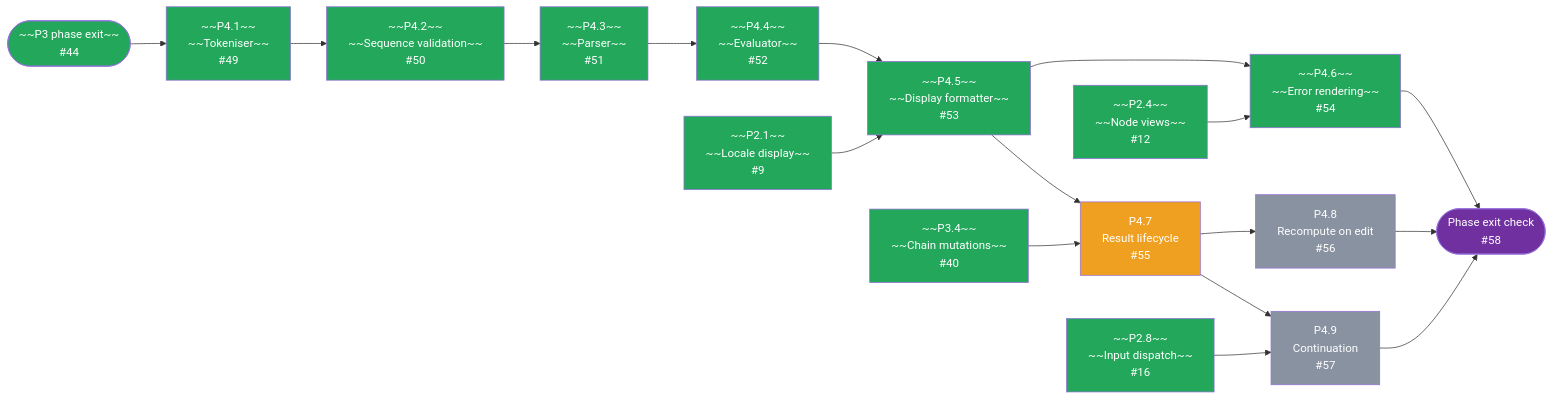
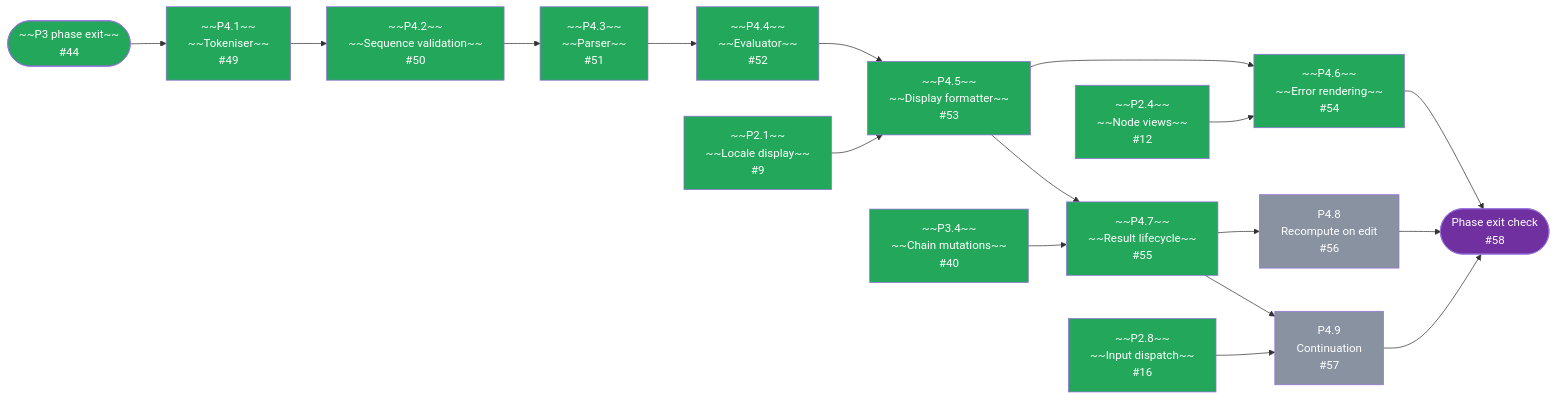
The third of 3 diagrams in docs/DEVELOPMENT_PLAN.md (tousifosman/CalcMind), drawn with Mermaid before and after one commit. The commit also changed other lines of this file and 9 other files, not shown here.

````diff
--- a/docs/DEVELOPMENT_PLAN.md
+++ b/docs/DEVELOPMENT_PLAN.md
@@ -503,51 +503,51 @@
 ```mermaid
 flowchart LR
     P3EXIT(["~~P3 phase exit~~<br/>#44"])
     P21["~~P2.1~~<br/>~~Locale display~~<br/>#9"]
     P24["~~P2.4~~<br/>~~Node views~~<br/>#12"]
     P28["~~P2.8~~<br/>~~Input dispatch~~<br/>#16"]
     P34["~~P3.4~~<br/>~~Chain mutations~~<br/>#40"]
     P41["~~P4.1~~<br/>~~Tokeniser~~<br/>#49"]
     P42["~~P4.2~~<br/>~~Sequence validation~~<br/>#50"]
     P43["~~P4.3~~<br/>~~Parser~~<br/>#51"]
     P44["~~P4.4~~<br/>~~Evaluator~~<br/>#52"]
     P45["~~P4.5~~<br/>~~Display formatter~~<br/>#53"]
     P46["~~P4.6~~<br/>~~Error rendering~~<br/>#54"]
-    P47["P4.7<br/>Result lifecycle<br/>#55"]
+    P47["~~P4.7~~<br/>~~Result lifecycle~~<br/>#55"]
     P48["P4.8<br/>Recompute on edit<br/>#56"]
     P49["P4.9<br/>Continuation<br/>#57"]
     EXIT(["Phase exit check<br/>#58"])
 
     P3EXIT --> P41
     P41 --> P42
     P42 --> P43
     P43 --> P44
     P44 --> P45
     P21 --> P45
     P45 --> P46
     P24 --> P46
     P45 --> P47
     P34 --> P47
     P47 --> P48
     P47 --> P49
     P28 --> P49
     P46 --> EXIT
     P48 --> EXIT
     P49 --> EXIT
 
     style P3EXIT fill:#22A75B,color:#fff
     style P21 fill:#22A75B,color:#fff
     style P24 fill:#22A75B,color:#fff
     style P28 fill:#22A75B,color:#fff
     style P34 fill:#22A75B,color:#fff
     style P41 fill:#22A75B,color:#fff
     style P42 fill:#22A75B,color:#fff
     style P43 fill:#22A75B,color:#fff
     style P44 fill:#22A75B,color:#fff
     style P45 fill:#22A75B,color:#fff
     style P46 fill:#22A75B,color:#fff
-    style P47 fill:#F0A020,color:#fff
+    style P47 fill:#22A75B,color:#fff
     style P48 fill:#8892A0,color:#fff
     style P49 fill:#8892A0,color:#fff
     style EXIT fill:#7030A0,color:#fff
 ```
````
